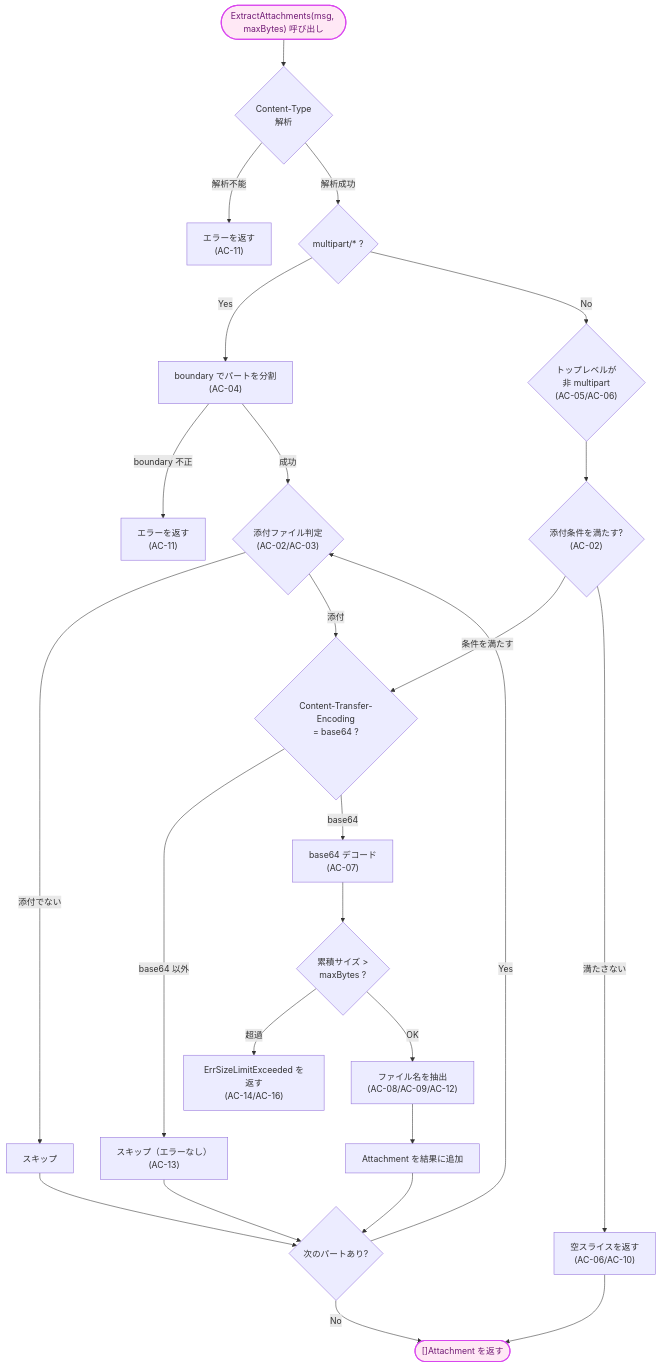
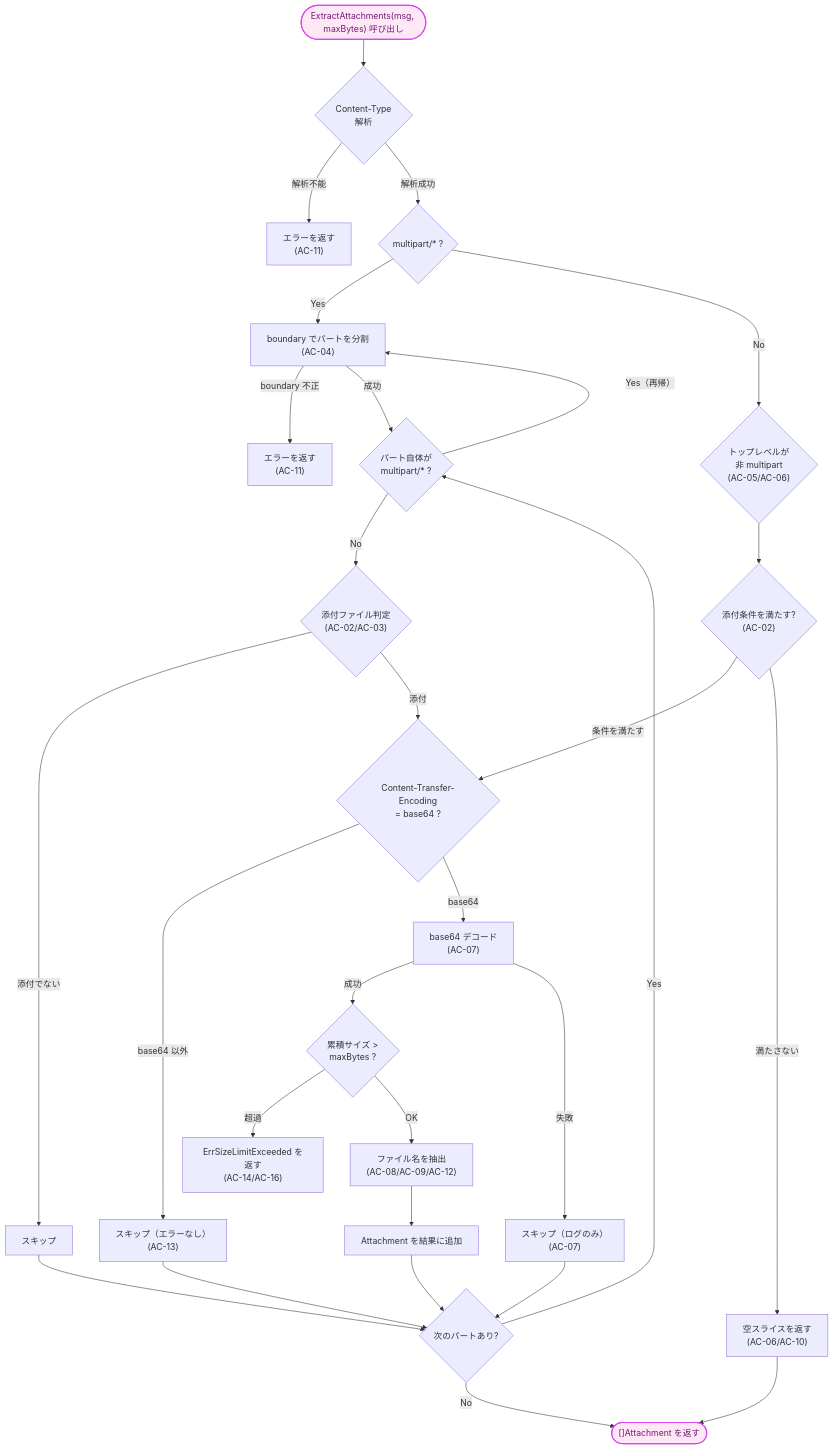
Before and after one commit to isseis/tlsrpt-digest: the fifth of 8 diagrams in docs/tasks/0011_mailparse/02_architecture.md, drawn with Mermaid. The commit also changed other lines of this file, not shown here.

First line of the commit message:
docs: address review comments on mailparse architecture

````diff
--- a/docs/tasks/0011_mailparse/02_architecture.md
+++ b/docs/tasks/0011_mailparse/02_architecture.md
@@ -126,52 +126,58 @@
 ```mermaid
 flowchart TD
     classDef newpkg fill:#ffe8f5,stroke:#d946ef,stroke-width:2px,color:#701a75;
 
     Start(["ExtractAttachments(msg, maxBytes) 呼び出し"])
     ParseCT{"Content-Type<br>解析"}
     ParseErr["エラーを返す<br>(AC-11)"]
     IsMultipart{"multipart/* ?"}
     ParseMultipart["boundary でパートを分割<br>(AC-04)"]
     BoundaryErr["エラーを返す<br>(AC-11)"]
+    IsPartMultipart{"パート自体が<br>multipart/* ?"}
     CheckPart{"添付ファイル判定<br>(AC-02/AC-03)"}
     SkipPart["スキップ"]
     CheckEnc{"Content-Transfer-Encoding<br>= base64 ?"}
     SkipEnc["スキップ（エラーなし）<br>(AC-13)"]
     DecodeBase64["base64 デコード<br>(AC-07)"]
+    DecodeErr["スキップ（ログのみ）<br>(AC-07)"]
     CheckSize{"累積サイズ ><br>maxBytes ?"}
     SizeErr["ErrSizeLimitExceeded を返す<br>(AC-14/AC-16)"]
     ExtractName["ファイル名を抽出<br>(AC-08/AC-09/AC-12)"]
     AppendResult["Attachment を結果に追加"]
     HasMore{"次のパートあり?"}
     TopLevelCheck{"トップレベルが<br>非 multipart<br>(AC-05/AC-06)"}
     CheckTopPart{"添付条件を満たす?<br>(AC-02)"}
     ReturnEmpty["空スライスを返す<br>(AC-06/AC-10)"]
     Return(["[]Attachment を返す"])
 
     Start --> ParseCT
     ParseCT -->|"解析不能"| ParseErr
     ParseCT -->|"解析成功"| IsMultipart
     IsMultipart -->|"Yes"| ParseMultipart
     IsMultipart -->|"No"| TopLevelCheck
     ParseMultipart -->|"boundary 不正"| BoundaryErr
-    ParseMultipart -->|"成功"| CheckPart
+    ParseMultipart -->|"成功"| IsPartMultipart
+    IsPartMultipart -->|"Yes（再帰）"| ParseMultipart
+    IsPartMultipart -->|"No"| CheckPart
     CheckPart -->|"添付でない"| SkipPart
     CheckPart -->|"添付"| CheckEnc
     SkipPart --> HasMore
     CheckEnc -->|"base64 以外"| SkipEnc
     CheckEnc -->|"base64"| DecodeBase64
     SkipEnc --> HasMore
-    DecodeBase64 --> CheckSize
+    DecodeBase64 -->|"成功"| CheckSize
+    DecodeBase64 -->|"失敗"| DecodeErr
+    DecodeErr --> HasMore
     CheckSize -->|"超過"| SizeErr
     CheckSize -->|"OK"| ExtractName
     ExtractName --> AppendResult
     AppendResult --> HasMore
-    HasMore -->|"Yes"| CheckPart
+    HasMore -->|"Yes"| IsPartMultipart
     HasMore -->|"No"| Return
     TopLevelCheck --> CheckTopPart
     CheckTopPart -->|"条件を満たす"| CheckEnc
     CheckTopPart -->|"満たさない"| ReturnEmpty
     ReturnEmpty --> Return
 
     class Start,Return newpkg
 ```
````
